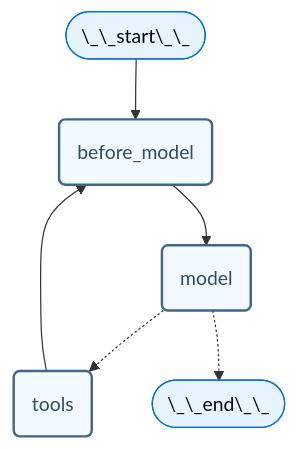
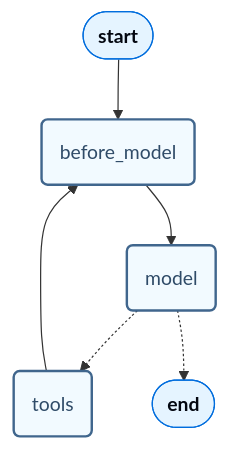
One commit to langchain-ai/docs changed the first of 2 diagrams in src/oss/langchain/short-term-memory.mdx. Above: the diagram before and after it, drawn with Mermaid. The commit also changed other lines of this file, not shown here.

Commit message:
Fix mermaid formatting in short-term-memory.mdx

````diff
--- a/src/oss/langchain/short-term-memory.mdx
+++ b/src/oss/langchain/short-term-memory.mdx
@@ -969,26 +969,26 @@
 ```mermaid
 %%{
     init: {
         "fontFamily": "monospace",
         "flowchart": {
         "curve": "basis"
         }
     }
 }%%
 graph TD
-    S(["\_\_start\_\_"])
+    S(["`__start__`"])
     PRE(before_model)
     MODEL(model)
     TOOLS(tools)
-    END(["\_\_end\_\_"])
+    END(["`__end__`"])
     S --> PRE
     PRE --> MODEL
     MODEL -.-> TOOLS
     MODEL -.-> END
     TOOLS --> PRE
     classDef blueHighlight fill:#E5F4FF,stroke:#006DDD,color:#030710;
     classDef neutral fill:#F2FAFF,stroke:#40668D,stroke-width:2px,color:#2F4B68;
     class S blueHighlight;
     class END blueHighlight;
     class PRE,MODEL,TOOLS neutral;
 ```
````
